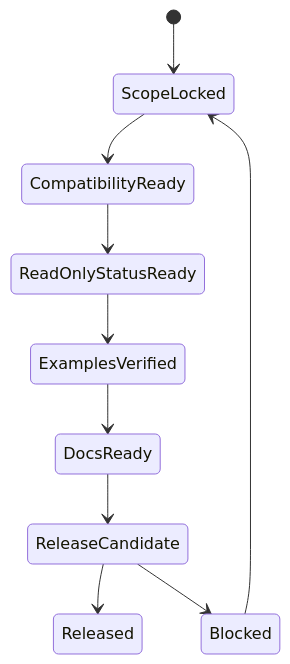
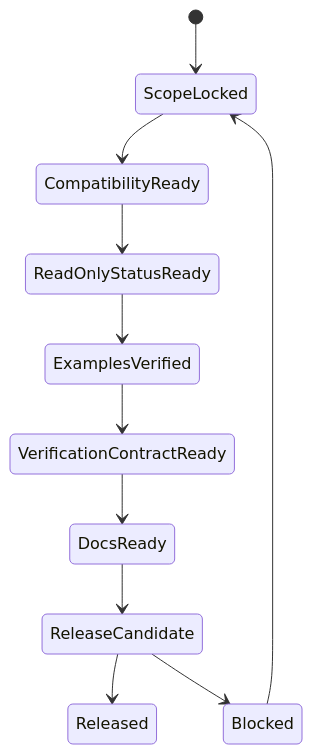
Before and after one commit to FairladyZ625/coding-agent-harness: the diagram in docs-release/release/v1.0-document-kernel-plan.md, drawn with Mermaid. The commit also changed other lines of this file and 2 other files, not shown here.

````diff
--- a/docs-release/release/v1.0-document-kernel-plan.md
+++ b/docs-release/release/v1.0-document-kernel-plan.md
@@ -8,12 +8,13 @@
 ```mermaid
 stateDiagram-v2
   [*] --> ScopeLocked
   ScopeLocked --> CompatibilityReady
   CompatibilityReady --> ReadOnlyStatusReady
   ReadOnlyStatusReady --> ExamplesVerified
-  ExamplesVerified --> DocsReady
+  ExamplesVerified --> VerificationContractReady
+  VerificationContractReady --> DocsReady
   DocsReady --> ReleaseCandidate
   ReleaseCandidate --> Released
   ReleaseCandidate --> Blocked
   Blocked --> ScopeLocked
 ```
````
